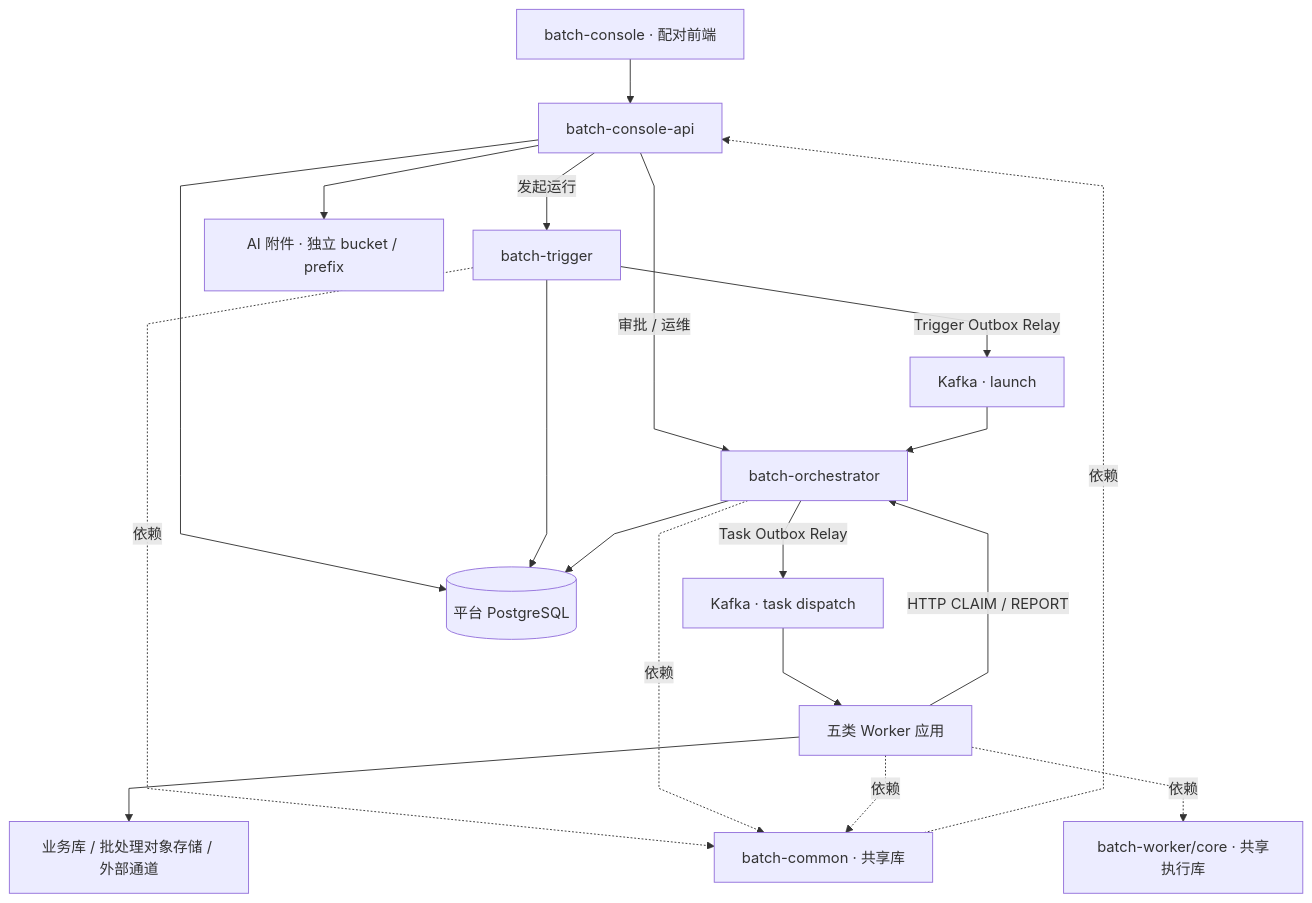
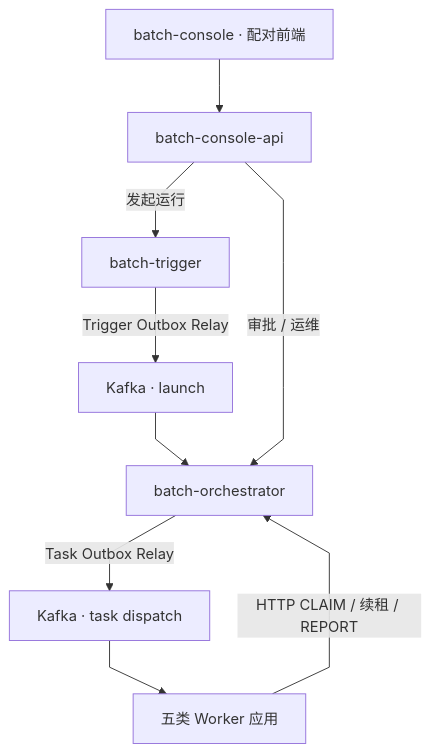
The first of 4 diagrams in docs/architecture/project-structure.md (pinpols/file-batch-system), drawn with Mermaid before and after one commit. The commit also changed other lines of this file and 11 other files, not shown here.

````diff
--- a/docs/architecture/project-structure.md
+++ b/docs/architecture/project-structure.md
@@ -56,20 +60,10 @@
 ```mermaid
-%%{init: {"flowchart":{"curve":"linear","nodeSpacing":32,"rankSpacing":48},"sequence":{"mirrorActors":false}}}%%
+%%{init: {"flowchart":{"curve":"linear","nodeSpacing":40,"rankSpacing":58},"sequence":{"mirrorActors":false}}}%%
 flowchart TB
   FE["batch-console · 配对前端"] --> C["batch-console-api"]
   C -->|"发起运行"| T["batch-trigger"]
-  C -->|"审批 / 运维"| O["batch-orchestrator"]
-  T -->|"Trigger Outbox Relay"| K1["Kafka · launch"] --> O
+  T -->|"Trigger Outbox Relay"| K1["Kafka · launch"] --> O["batch-orchestrator"]
   O -->|"Task Outbox Relay"| K2["Kafka · task dispatch"] --> W["五类 Worker 应用"]
-  W -->|"HTTP CLAIM / REPORT"| O
-  C --> DB[("平台 PostgreSQL")]
-  T --> DB
-  O --> DB
-  W --> B["业务库 / 批处理对象存储 / 外部通道"]
-  C --> A["AI 附件 · 独立 bucket / prefix"]
-  COMMON["batch-common · 共享库"] -. "依赖" .-> C
-  T -. "依赖" .-> COMMON
-  O -. "依赖" .-> COMMON
-  W -. "依赖" .-> COMMON
-  W -. "依赖" .-> CORE["batch-worker/core · 共享执行库"]
+  W -->|"HTTP CLAIM / 续租 / REPORT"| O
+  C -->|"审批 / 运维"| O
 ```
````
